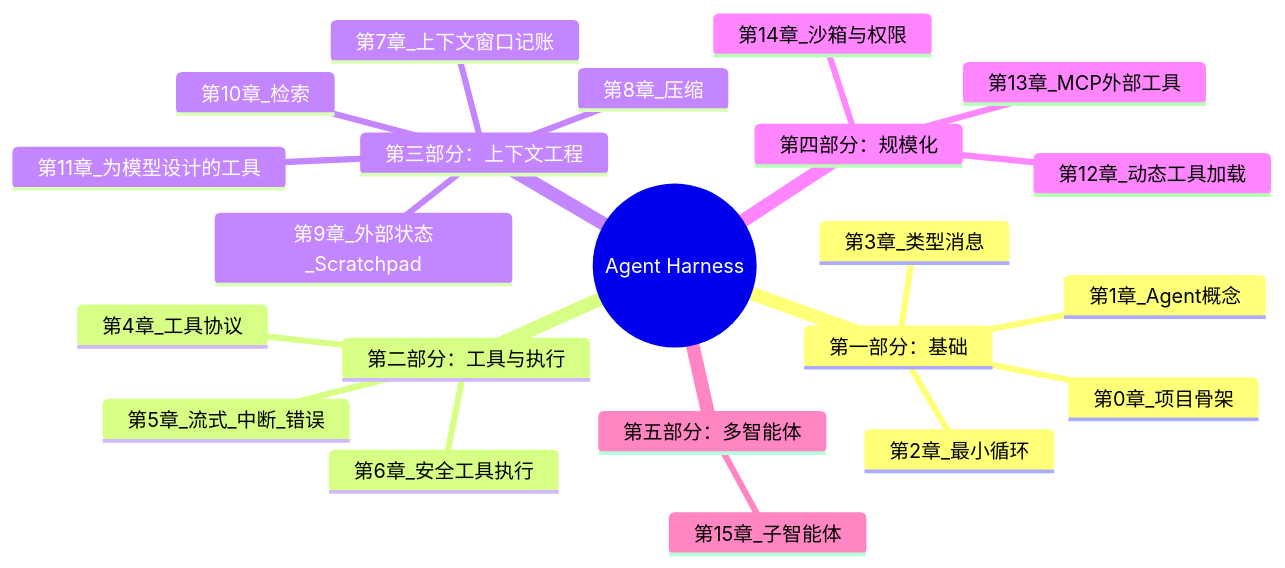
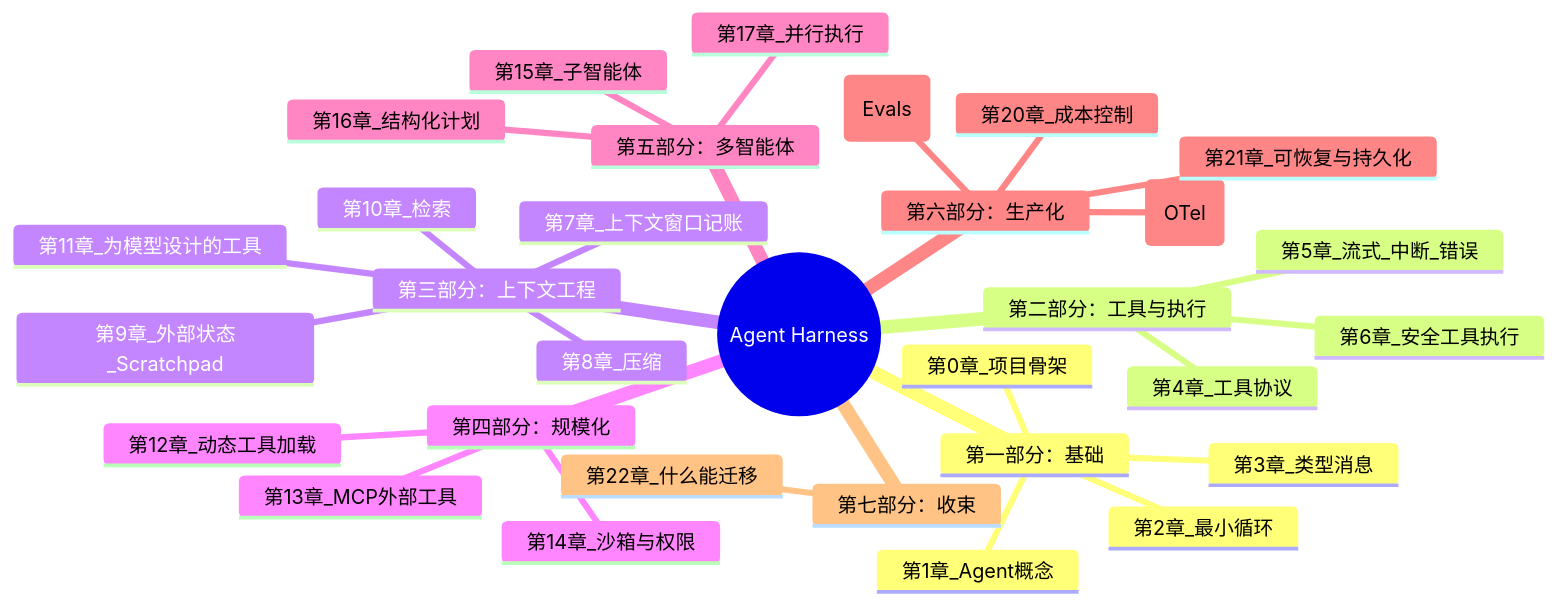
The first of 8 diagrams in docs/ROADMAP.md (erichow/agent-harness), drawn with Mermaid before and after one commit. The commit also changed other lines of this file and 2 other files, not shown here.

First line of the commit message:
ch22: what transfers — 收束章节 + ROADMAP 更新

````diff
--- a/docs/ROADMAP.md
+++ b/docs/ROADMAP.md
@@ -3,25 +3,34 @@
 ```mermaid
 mindmap
   root((Agent Harness))
     第一部分：基础
       第0章_项目骨架
       第1章_Agent概念
       第2章_最小循环
       第3章_类型消息
     第二部分：工具与执行
       第4章_工具协议
       第5章_流式_中断_错误
       第6章_安全工具执行
     第三部分：上下文工程
       第7章_上下文窗口记账
       第8章_压缩
       第9章_外部状态_Scratchpad
       第10章_检索
       第11章_为模型设计的工具
     第四部分：规模化
       第12章_动态工具加载
       第13章_MCP外部工具
       第14章_沙箱与权限
     第五部分：多智能体
       第15章_子智能体
+      第16章_结构化计划
+      第17章_并行执行
+    第六部分：生产化
+      第18章_可观测性(OTel)
+      第19章_评测(Evals)
+      第20章_成本控制
+      第21章_可恢复与持久化
+    第七部分：收束
+      第22章_什么能迁移
 ```
````
